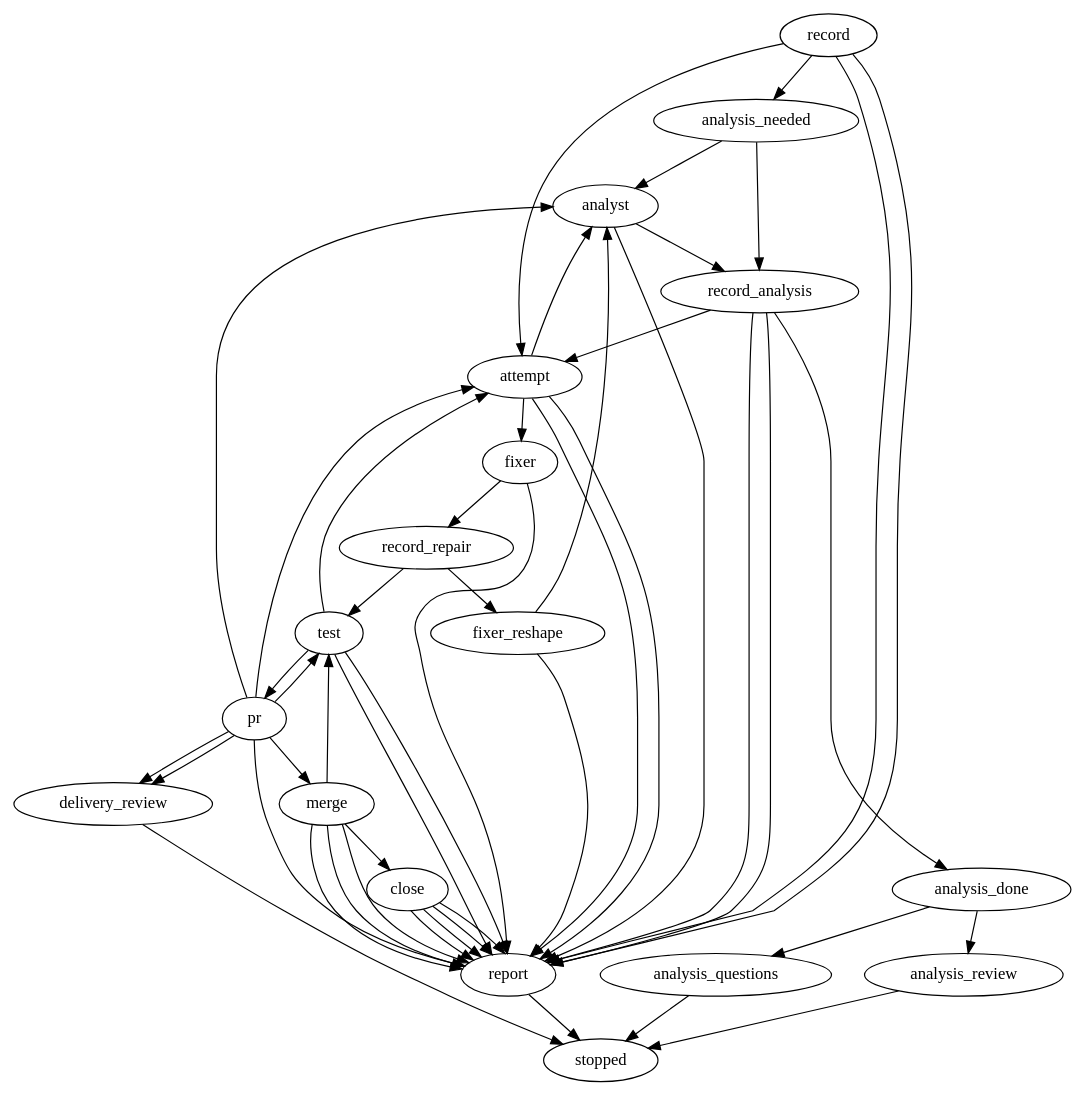
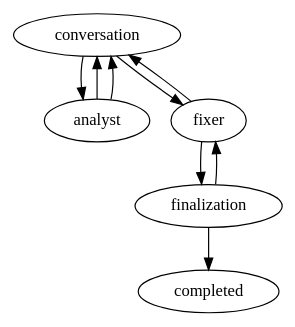
Before and after one commit to marioatcloudvane/litefactory: the diagram in teams/source/bug/bug.dot, drawn with Graphviz. The commit also changed 208 other files, not shown here.

```diff
--- a/teams/source/bug/bug.dot
+++ b/teams/source/bug/bug.dot
@@ -1,111 +1,19 @@
-// Bug takes one reported bug from record to a merged, closed fix, with two
-// owner approvals: the analysis before any code changes, and the delivery
-// before the pull request merges.
-//
-// 1. Record    the bug; an already approved analysis skips straight to repair.
-// 2. Analyse   it with the analyst, until the owner approves the analysis or
-//              answers its questions. Each reply re-enters here.
-// 3. Repair    within a reserved attempt; the fixer may ask for a reshape,
-//              which returns to the analyst.
-// 4. Test      the repair in a separate child graph (bug_tests.dot); a failed
-//              check spends another repair attempt.
-// 5. Deliver   the PR for review, then merge and close once approved.
-//
-// Publishing a question or review parks the instance; an owner reply carries it
-// on. Lifetime budgets live in Bug ledgers. These finite envelope bounds include
-// one final exhausted reservation probe; observation-only continuations park.
+// One conversation, one bounded fixer invocation, automatic factory delivery.
+// Questions and all stopping outcomes park at their origin. Owner guidance
+// resumes that origin once; only exact approval releases an unapproved repair.
 digraph bug {
- graph [team="builtin",workflow="bug",profile_version="1",start="record"];
-
- // ---- 1. Record ------------------------------------------------------------
- record           [lf_action="lf_bug_record",lf_outcomes="recorded,approved,exhausted,blocked",lf_limit="1"];
-
- // ---- 2. Analyse -----------------------------------------------------------
- analysis_needed  [lf_action="lf_loop",lf_outcomes="true,false",lf_field="response",lf_condition="ask",lf_default="ask",lf_source="record",lf_limit="1"];
- analyst          [lf_action="lf_agent",lf_agent_markdown="bug-analyst",lf_skills="bug-analysis-result",lf_outcomes="success,failed",lf_limit="8"];
- record_analysis  [lf_action="lf_bug_record",lf_source="analyst",lf_outcomes="recorded,approved,exhausted,blocked",lf_limit="8"];
- analysis_done    [lf_action="lf_if",lf_field="response",lf_condition="done",lf_source="record_analysis",lf_outcomes="true,false",lf_limit="8"];
- analysis_questions [lf_action="lf_ask",lf_kind="question",lf_source="record_analysis",lf_outcomes="published",lf_limit="8"];
- analysis_review  [lf_action="lf_ask",lf_kind="review",lf_source="record_analysis",lf_outcomes="published",lf_limit="8"];
-
- // ---- 3. Repair ------------------------------------------------------------
- attempt          [lf_action="lf_bug_attempt",lf_outcomes="reserved,exhausted,reshape,blocked",lf_limit="4"];
- fixer            [lf_action="lf_agent",lf_agent_markdown="bug-fixer",lf_skills="bug-repair-result",lf_outcomes="success,failed",lf_limit="3"];
- record_repair    [lf_action="lf_if",lf_field="response",lf_condition="done",lf_source="fixer",lf_outcomes="true,false",lf_limit="3"];
- fixer_reshape    [lf_action="lf_if",lf_field="response",lf_condition="reshape",lf_source="fixer",lf_outcomes="true,false",lf_limit="3"];
-
- // ---- 4. Test --------------------------------------------------------------
- test             [lf_action="lf_bug_test_graph",lf_outcomes="passed,failed,blocked,cancelled",lf_limit="6"];
-
- // ---- 5. Deliver -----------------------------------------------------------
- pr               [lf_action="lf_bug_pr",lf_outcomes="review-ready,approved,clarify,repair,reshape,stale,blocked",lf_limit="6"];
- delivery_review  [lf_action="lf_ask",lf_kind="delivery",lf_source="pr",lf_outcomes="published",lf_limit="3"];
- merge            [lf_action="lf_bug_merge",lf_outcomes="confirmed,stale,blocked,failed,pending",lf_limit="4"];
- close            [lf_action="lf_bug_close",lf_outcomes="confirmed,blocked,failed,pending",lf_limit="1"];
-
- // ---- Report and terminal --------------------------------------------------
- report           [lf_action="lf_comment",lf_kind="notice",lf_outcomes="published",lf_limit="1"];
- stopped          [lf_terminal="true"];
-
- // 1. Record: a new bug is analysed; an approved analysis goes to repair.
- record -> analysis_needed [lf_on="recorded"];
- record -> attempt [lf_on="approved"];
- record -> report [lf_on="blocked"];
- record -> report [lf_on="exhausted"];
-
- // 2. Analyse until the analysis is complete, then ask the owner to approve
- //    it; open questions are asked first. Both park until the owner replies.
- analysis_needed -> analyst [lf_on="true"];
- analysis_needed -> record_analysis [lf_on="false"];
- analyst -> record_analysis [lf_on="success"];
- analyst -> report [lf_on="failed"];
- record_analysis -> analysis_done [lf_on="recorded"];
- record_analysis -> attempt [lf_on="approved"];              // the owner approved
- record_analysis -> report [lf_on="blocked"];
- record_analysis -> report [lf_on="exhausted"];
- analysis_done -> analysis_review [lf_on="true"];             // complete: ask for approval
- analysis_done -> analysis_questions [lf_on="false"];         // needs answers first
- analysis_questions -> stopped [lf_on="published"];
- analysis_review -> stopped [lf_on="published"];
-
- // 3. Repair within a reserved attempt; a reshape goes back to the analyst.
- attempt -> fixer [lf_on="reserved"];
- attempt -> analyst [lf_on="reshape"];
- attempt -> report [lf_on="blocked"];
- attempt -> report [lf_on="exhausted"];
- fixer -> record_repair [lf_on="success"];
- fixer -> report [lf_on="failed"];
- record_repair -> test [lf_on="true"];                        // repair done: test it
- record_repair -> fixer_reshape [lf_on="false"];
- fixer_reshape -> analyst [lf_on="true"];                     // remedy does not fit
- fixer_reshape -> report [lf_on="false"];
-
- // 4. Test: a failed check spends another repair attempt.
- test -> pr [lf_on="passed"];
- test -> attempt [lf_on="failed"];
- test -> report [lf_on="blocked"];
- test -> report [lf_on="cancelled"];
-
- // 5. Deliver: publish the review and park; the owner's reply comes back to
- //    pr as approved, clarify, repair or reshape.
- pr -> delivery_review [lf_on="review-ready"];
- pr -> delivery_review [lf_on="clarify"];
- pr -> attempt [lf_on="repair"];
- pr -> analyst [lf_on="reshape"];
- pr -> merge [lf_on="approved"];
- pr -> test [lf_on="stale"];                                  // main moved: test again
- pr -> report [lf_on="blocked"];
- delivery_review -> stopped [lf_on="published"];
- merge -> close [lf_on="confirmed"];
- merge -> test [lf_on="stale"];
- merge -> report [lf_on="blocked"];
- merge -> report [lf_on="failed"];
- merge -> report [lf_on="pending"];
- close -> report [lf_on="confirmed"];
- close -> report [lf_on="blocked"];
- close -> report [lf_on="failed"];
- close -> report [lf_on="pending"];
-
- // Every end reports to the owner once, then stops.
- report -> stopped [lf_on="published"];
+ graph [team="builtin",workflow="bug",profile_version="2",start="conversation"];
+ conversation [lf_action="lf_loop",lf_contract="owner_conversation",lf_outcomes="analyse,approved,blocked",lf_limit="64",lf_park="owner",lf_stop="blocked,failed,invalid,exhausted"];
+ analyst [lf_action="lf_agent",lf_agent_markdown="bug-analyst",lf_skills="bug-analysis-result",lf_model_tier="flagship",lf_access="read",lf_response="result",lf_outcomes="ask,done,blocked",lf_limit="8",lf_park="owner",lf_stop="blocked,failed,invalid,exhausted"];
+ fixer [lf_action="lf_agent",lf_agent_markdown="bug-fixer",lf_skills="bug-repair-result",lf_response="result",lf_outcomes="succeeded,reshape,blocked",lf_limit="3",lf_park="owner",lf_stop="blocked,failed,invalid,exhausted"];
+ finalization [lf_action="lf_bug_finalize",lf_owner_continuation="required",lf_outcomes="completed,revalidate,stale,blocked",lf_limit="16",lf_park="owner",lf_stop="blocked,failed,invalid,exhausted,stale"];
+ completed [lf_terminal="true"];
+ conversation -> analyst [lf_on="analyse"];
+ conversation -> fixer [lf_on="approved"];
+ analyst -> conversation [lf_on="ask"];
+ analyst -> conversation [lf_on="done"];
+ fixer -> conversation [lf_on="reshape"];
+ fixer -> finalization [lf_on="succeeded"];
+ finalization -> fixer [lf_on="revalidate"];
+ finalization -> completed [lf_on="completed"];
 }
```
